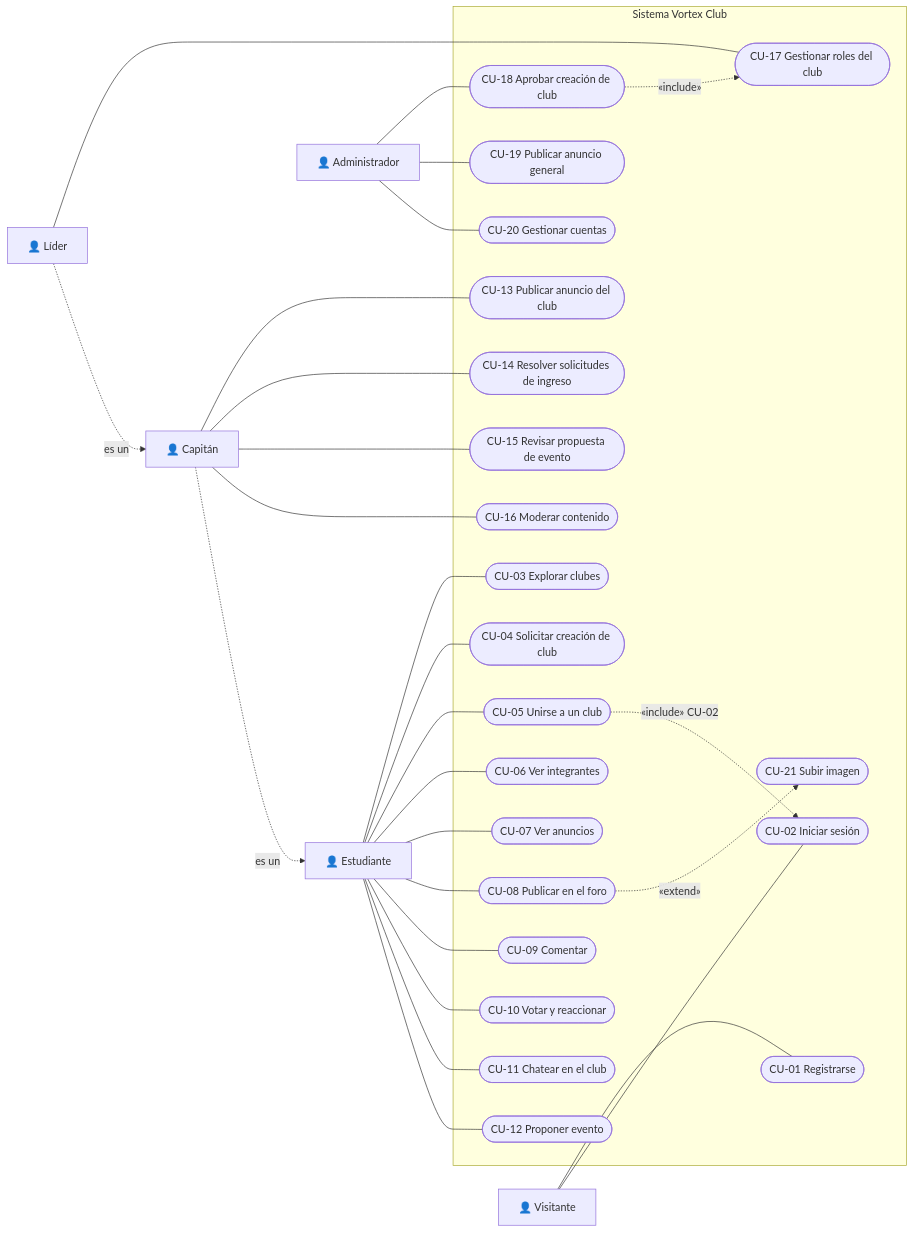
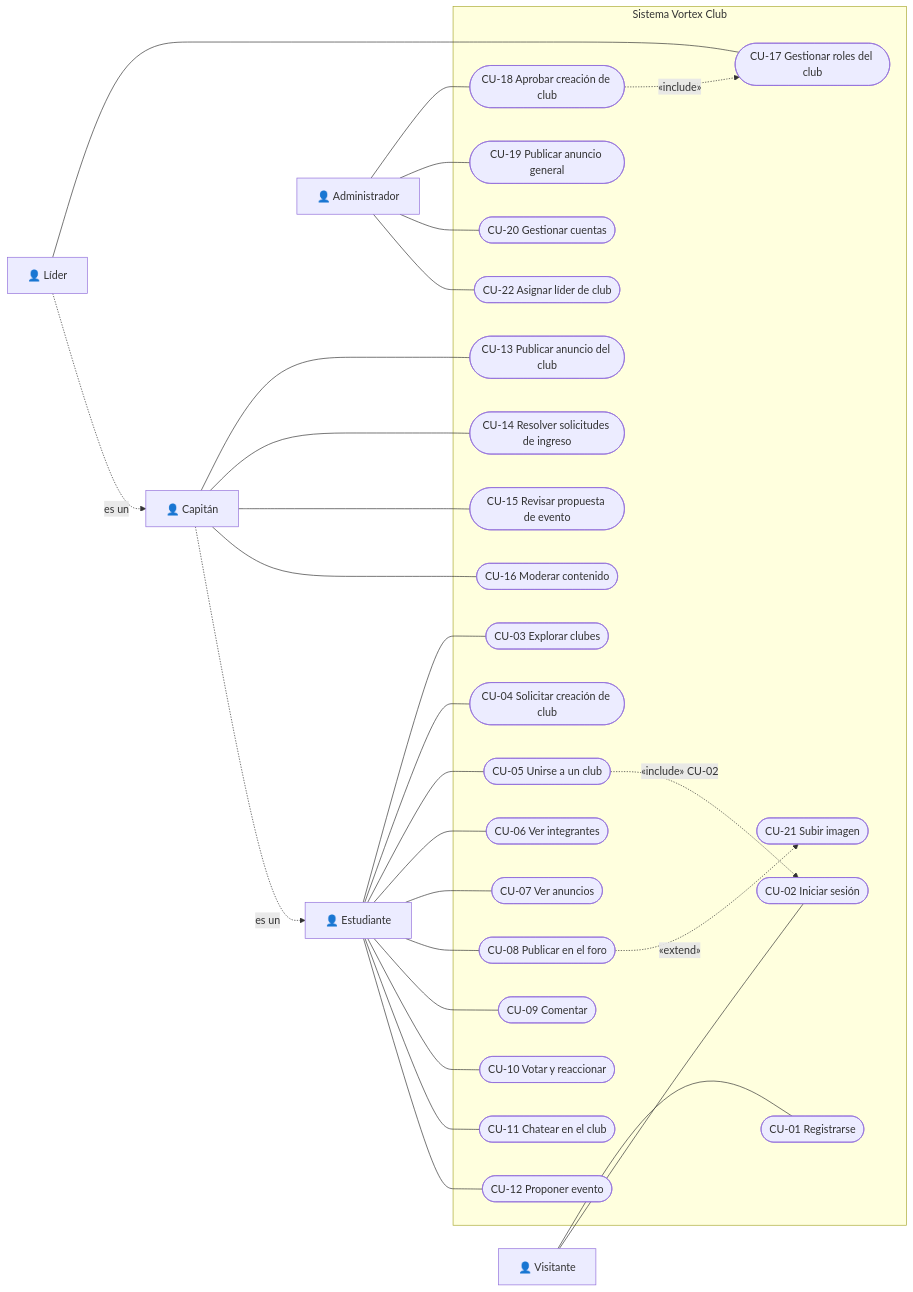
Before and after one commit to Lis-carl/Vortex_club-s: the first of 11 diagrams in docs/04_modelado_uml.md, drawn with Mermaid. The commit also changed other lines of this file and 61 other files, not shown here.

````diff
--- a/docs/04_modelado_uml.md
+++ b/docs/04_modelado_uml.md
@@ -11,60 +11,62 @@
 ```mermaid
 flowchart LR
     V["👤 Visitante"]
     E["👤 Estudiante"]
     C["👤 Capitán"]
     L["👤 Líder"]
     A["👤 Administrador"]
 
     subgraph S["Sistema Vortex Club"]
         CU01(["CU-01 Registrarse"])
         CU02(["CU-02 Iniciar sesión"])
         CU03(["CU-03 Explorar clubes"])
         CU04(["CU-04 Solicitar creación de club"])
         CU05(["CU-05 Unirse a un club"])
         CU06(["CU-06 Ver integrantes"])
         CU07(["CU-07 Ver anuncios"])
         CU08(["CU-08 Publicar en el foro"])
         CU09(["CU-09 Comentar"])
         CU10(["CU-10 Votar y reaccionar"])
         CU11(["CU-11 Chatear en el club"])
         CU12(["CU-12 Proponer evento"])
         CU13(["CU-13 Publicar anuncio del club"])
         CU14(["CU-14 Resolver solicitudes de ingreso"])
         CU15(["CU-15 Revisar propuesta de evento"])
         CU16(["CU-16 Moderar contenido"])
         CU17(["CU-17 Gestionar roles del club"])
         CU18(["CU-18 Aprobar creación de club"])
         CU19(["CU-19 Publicar anuncio general"])
         CU20(["CU-20 Gestionar cuentas"])
         CU21(["CU-21 Subir imagen"])
+        CU22(["CU-22 Asignar líder de club"])
     end
 
     V --- CU01
     V --- CU02
     E --- CU03
     E --- CU04
     E --- CU05
     E --- CU06
     E --- CU07
     E --- CU08
     E --- CU09
     E --- CU10
     E --- CU11
     E --- CU12
     C --- CU13
     C --- CU14
     C --- CU15
     C --- CU16
     L --- CU17
     A --- CU18
     A --- CU19
     A --- CU20
+    A --- CU22
 
     C -. "es un" .-> E
     L -. "es un" .-> C
 
     CU05 -. "«include» CU-02" .-> CU02
     CU08 -. "«extend»" .-> CU21
     CU18 -. "«include»" .-> CU17
 ```
````
